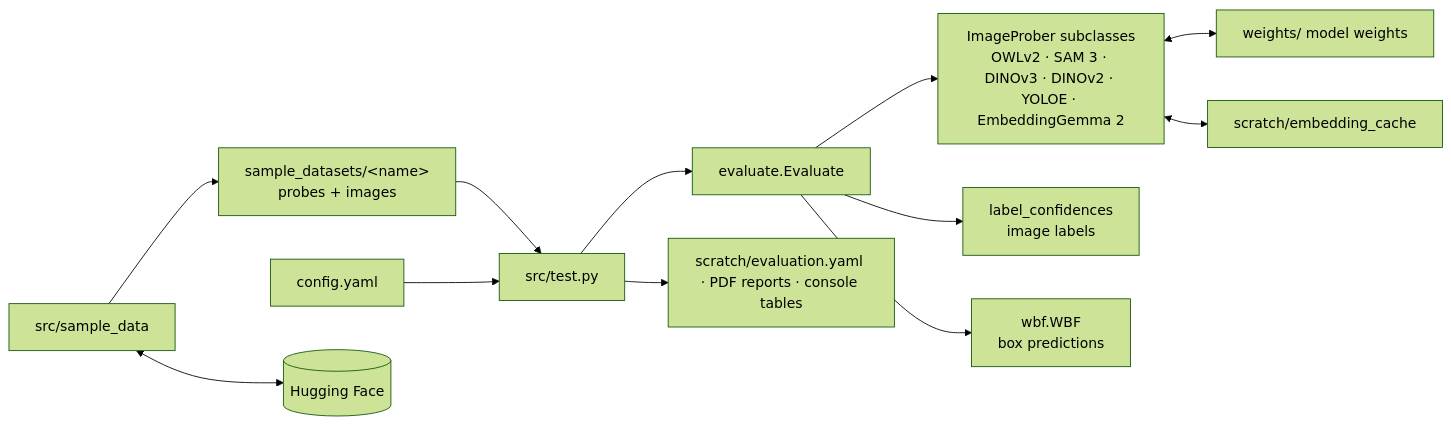
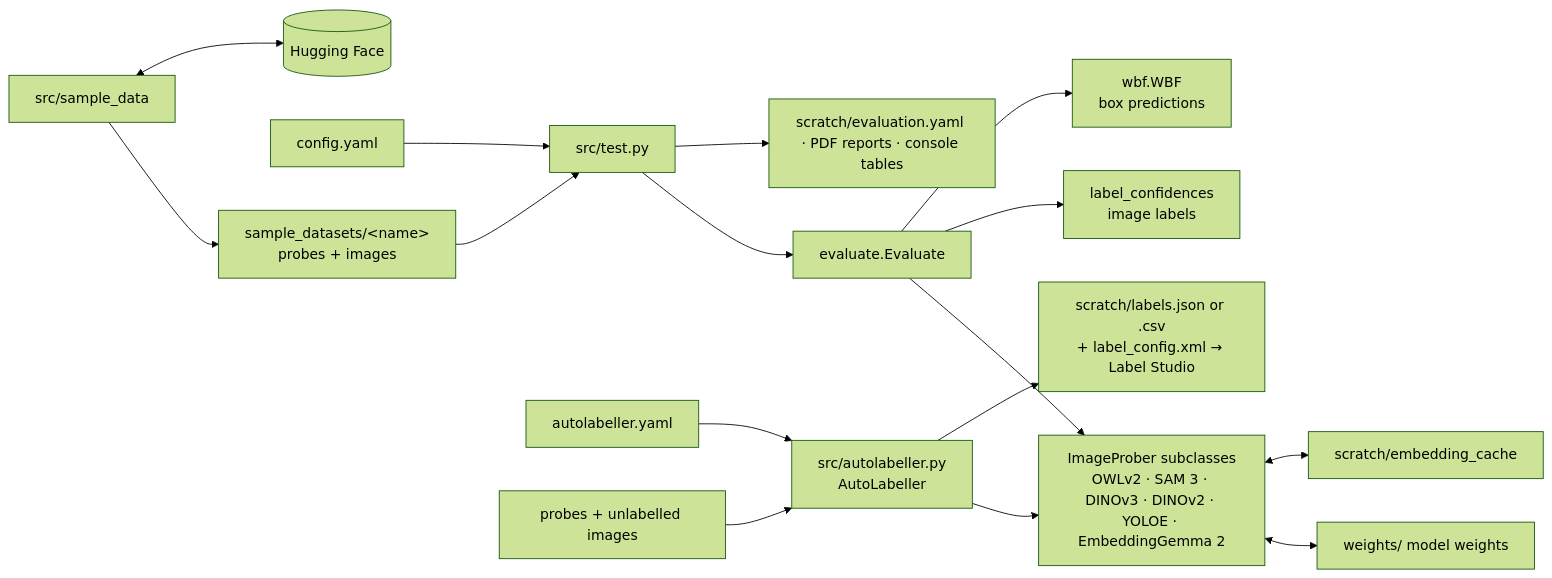
Before and after one commit to michael-mayo/autolabelling_via_embeddings: the diagram in README.md, drawn with Mermaid (forest theme). The commit also changed other lines of this file and 9 other files, not shown here.

Commit message:
created autolabeller program that generates label studio compatible labels

````diff
--- a/README.md
+++ b/README.md
@@ -201,14 +228,18 @@
 ```mermaid
 flowchart LR
     data[sample_datasets/&lt;name&gt;<br/>probes + images] --> test[src/test.py]
     config[config.yaml] --> test
     test --> evaluate[evaluate.Evaluate]
     evaluate --> probers["ImageProber subclasses<br/>OWLv2 · SAM 3 · DINOv3 · DINOv2 · YOLOE · EmbeddingGemma 2"]
     probers <--> weights[weights/ model weights]
     probers <--> cache[scratch/embedding_cache]
     evaluate --> labels["label_confidences<br/>image labels"]
     evaluate --> wbf["wbf.WBF<br/>box predictions"]
     test --> out["scratch/evaluation.yaml · PDF reports · console tables"]
     builder[src/sample_data] --> data
+    alcfg[autolabeller.yaml] --> al[src/autolabeller.py<br/>AutoLabeller]
+    userdata[probes + unlabelled images] --> al
+    al --> probers
+    al --> lsout["scratch/labels.json or .csv<br/>+ label_config.xml → Label Studio"]
     builder <--> hf[(Hugging Face)]
 ```
````
